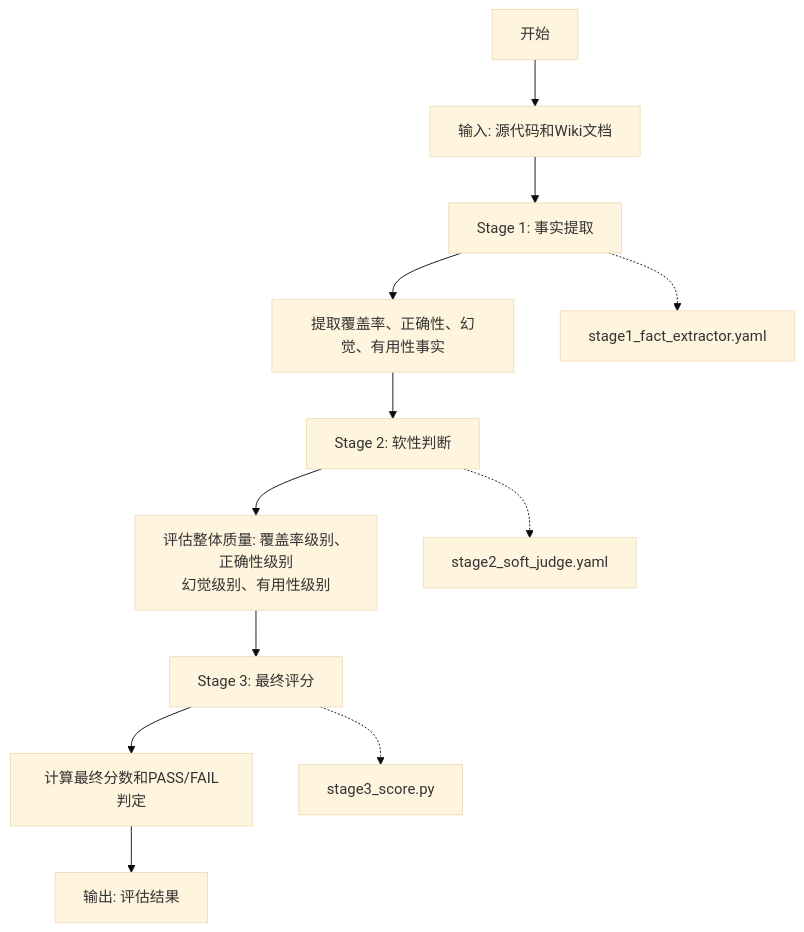
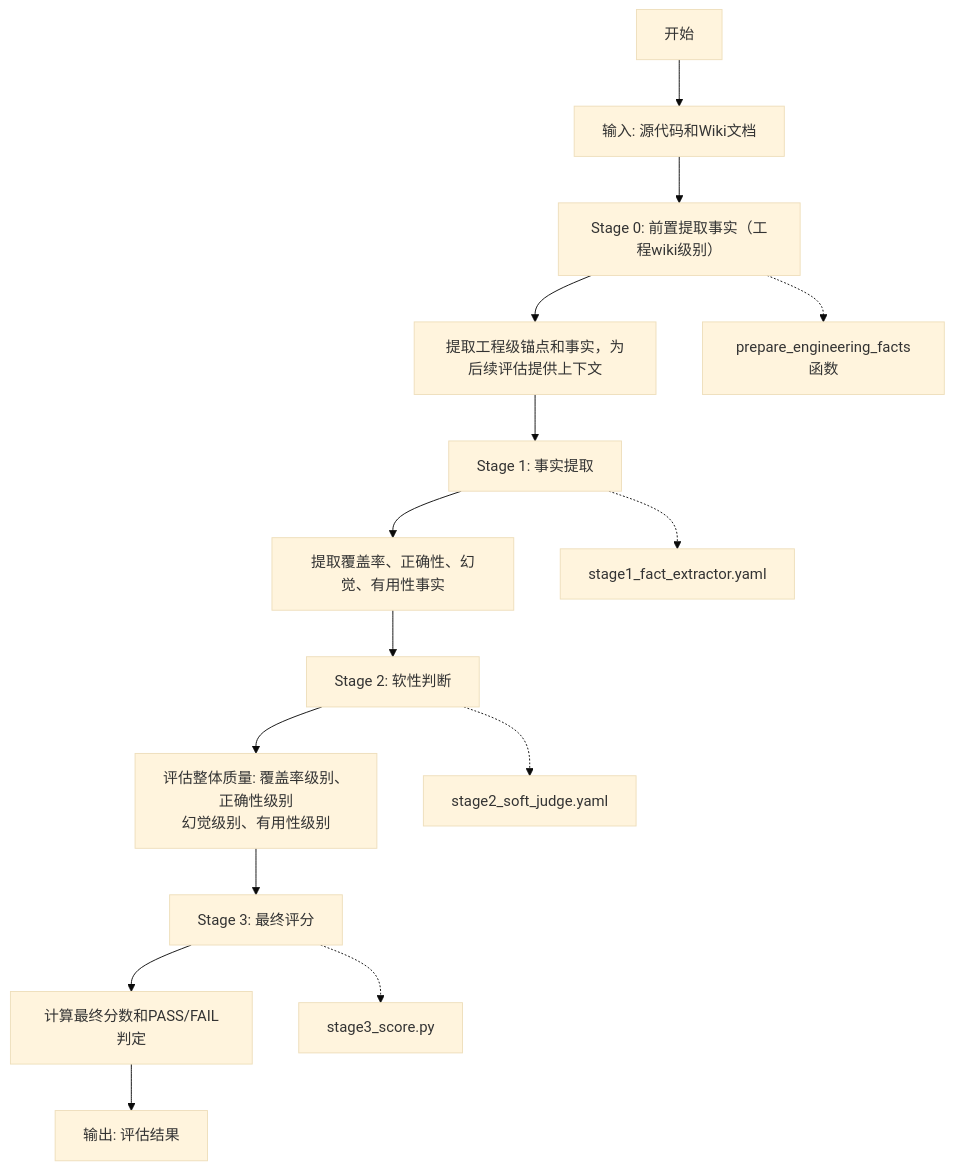
Before and after one commit to zhangxudong-g/AI_Projects: the diagram in promptfoo_wiki/fact_judge/USER_GUIDE.md, drawn with Mermaid (base theme). The commit also changed other lines of this file and 5 other files, not shown here.

Commit message:
docs: update fact_judge user guide with correct Stage 0 implementation details

````diff
--- a/promptfoo_wiki/fact_judge/USER_GUIDE.md
+++ b/promptfoo_wiki/fact_judge/USER_GUIDE.md
@@ -21,16 +22,19 @@
 ```mermaid
 graph TD
     A[开始] --> B[输入: 源代码和Wiki文档]
-    B --> C[Stage 1: 事实提取]
-    C --> D[提取覆盖率、正确性、幻觉、有用性事实]
-    D --> E[Stage 2: 软性判断]
-    E --> F[评估整体质量: 覆盖率级别、正确性级别<br/>幻觉级别、有用性级别]
-    F --> G[Stage 3: 最终评分]
-    G --> H[计算最终分数和PASS/FAIL判定]
-    H --> I[输出: 评估结果]
+    B --> C[Stage 0: 前置提取事实（工程wiki级别）]
+    C --> D[提取工程级锚点和事实，为后续评估提供上下文]
+    D --> E[Stage 1: 事实提取]
+    E --> F[提取覆盖率、正确性、幻觉、有用性事实]
+    F --> G[Stage 2: 软性判断]
+    G --> H[评估整体质量: 覆盖率级别、正确性级别<br/>幻觉级别、有用性级别]
+    H --> I[Stage 3: 最终评分]
+    I --> J[计算最终分数和PASS/FAIL判定]
+    J --> K[输出: 评估结果]
 
-    C -.-> J[stage1_fact_extractor.yaml]
-    E -.-> K[stage2_soft_judge.yaml]
-    G -.-> L[stage3_score.py]
+    C -.-> L[prepare_engineering_facts函数]
+    E -.-> M[stage1_fact_extractor.yaml]
+    G -.-> N[stage2_soft_judge.yaml]
+    I -.-> O[stage3_score.py]
 
 ```
````
